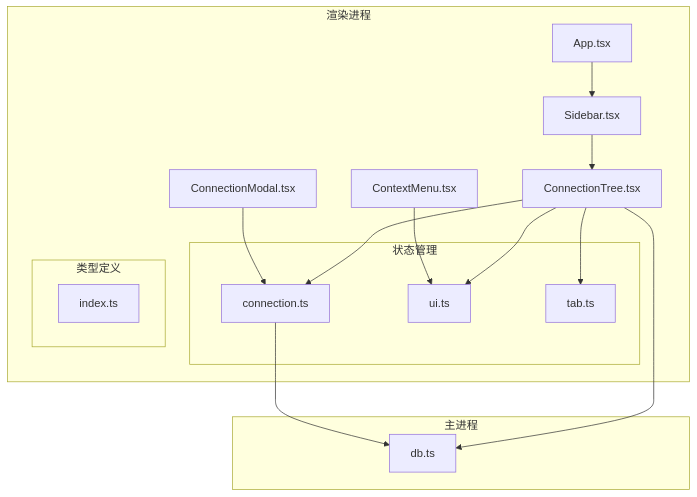
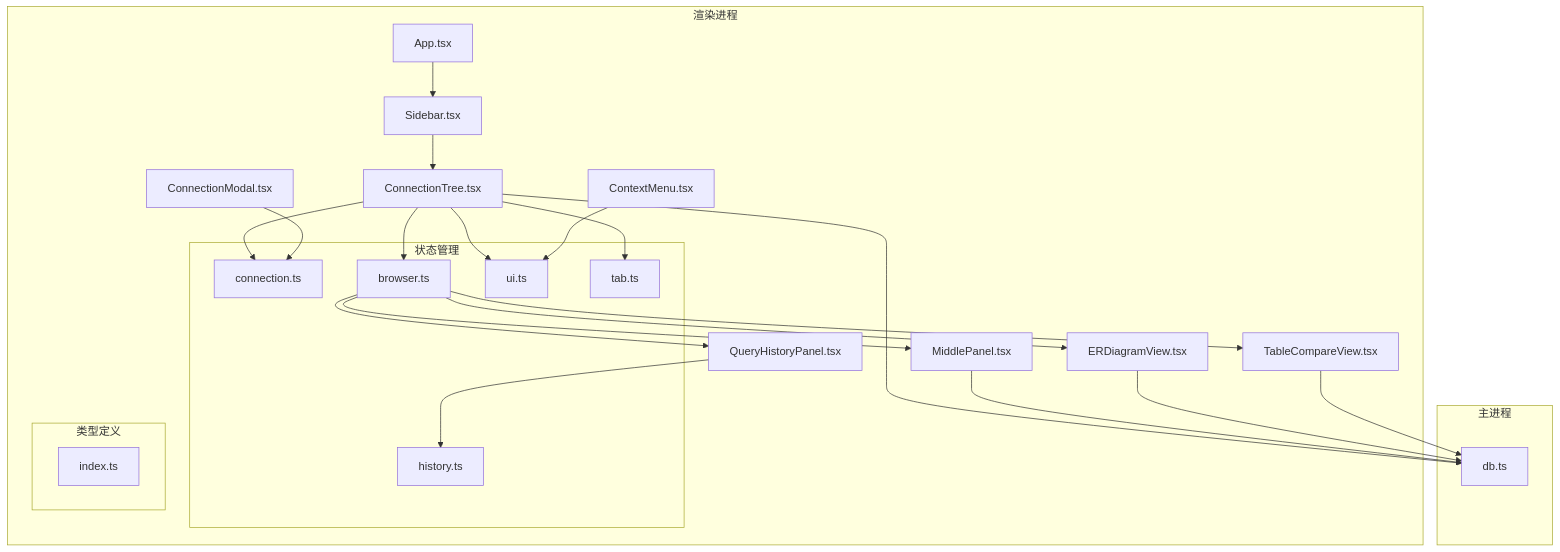
Before and after one commit to wwenbo2048/nexsql: the first of 13 diagrams in .qoder/repowiki/zh/content/前端组件系统/连接树组件.md, drawn with Mermaid. The commit also changed other lines of this file and 19 other files, not shown here.

````diff
--- a/.qoder/repowiki/zh/content/前端组件系统/连接树组件.md
+++ b/.qoder/repowiki/zh/content/前端组件系统/连接树组件.md
@@ -34,30 +57,44 @@
 ```mermaid
 graph TB
 subgraph "渲染进程"
 App[App.tsx]
 Sidebar[Sidebar.tsx]
 ConnectionTree[ConnectionTree.tsx]
 ContextMenu[ContextMenu.tsx]
 ConnectionModal[ConnectionModal.tsx]
+MiddlePanel[MiddlePanel.tsx]
+ERDiagramView[ERDiagramView.tsx]
+TableCompareView[TableCompareView.tsx]
+QueryHistoryPanel[QueryHistoryPanel.tsx]
 subgraph "状态管理"
 ConnectionStore[connection.ts]
+BrowserStore[browser.ts]
 UiStore[ui.ts]
 TabStore[tab.ts]
+HistoryStore[history.ts]
 end
 subgraph "类型定义"
 Types[index.ts]
 end
 end
 subgraph "主进程"
 DbService[db.ts]
 end
 App --> Sidebar
 Sidebar --> ConnectionTree
 ConnectionTree --> ConnectionStore
+ConnectionTree --> BrowserStore
 ConnectionTree --> UiStore
 ConnectionTree --> TabStore
 ConnectionTree --> DbService
 ContextMenu --> UiStore
 ConnectionModal --> ConnectionStore
-ConnectionStore --> DbService
+BrowserStore --> MiddlePanel
+BrowserStore --> ERDiagramView
+BrowserStore --> TableCompareView
+BrowserStore --> QueryHistoryPanel
+MiddlePanel --> DbService
+ERDiagramView --> DbService
+TableCompareView --> DbService
+QueryHistoryPanel --> HistoryStore
 ```
````
